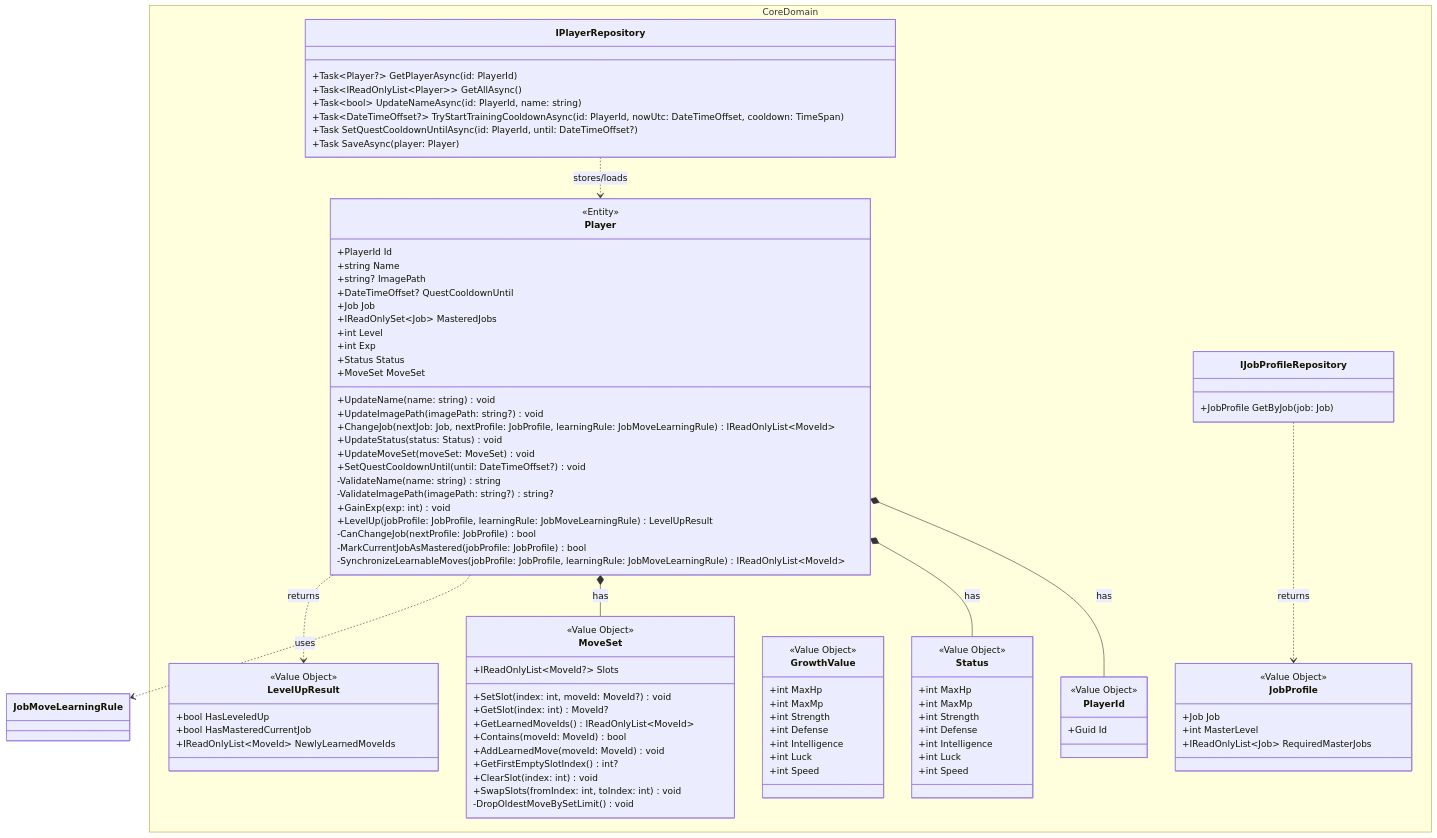
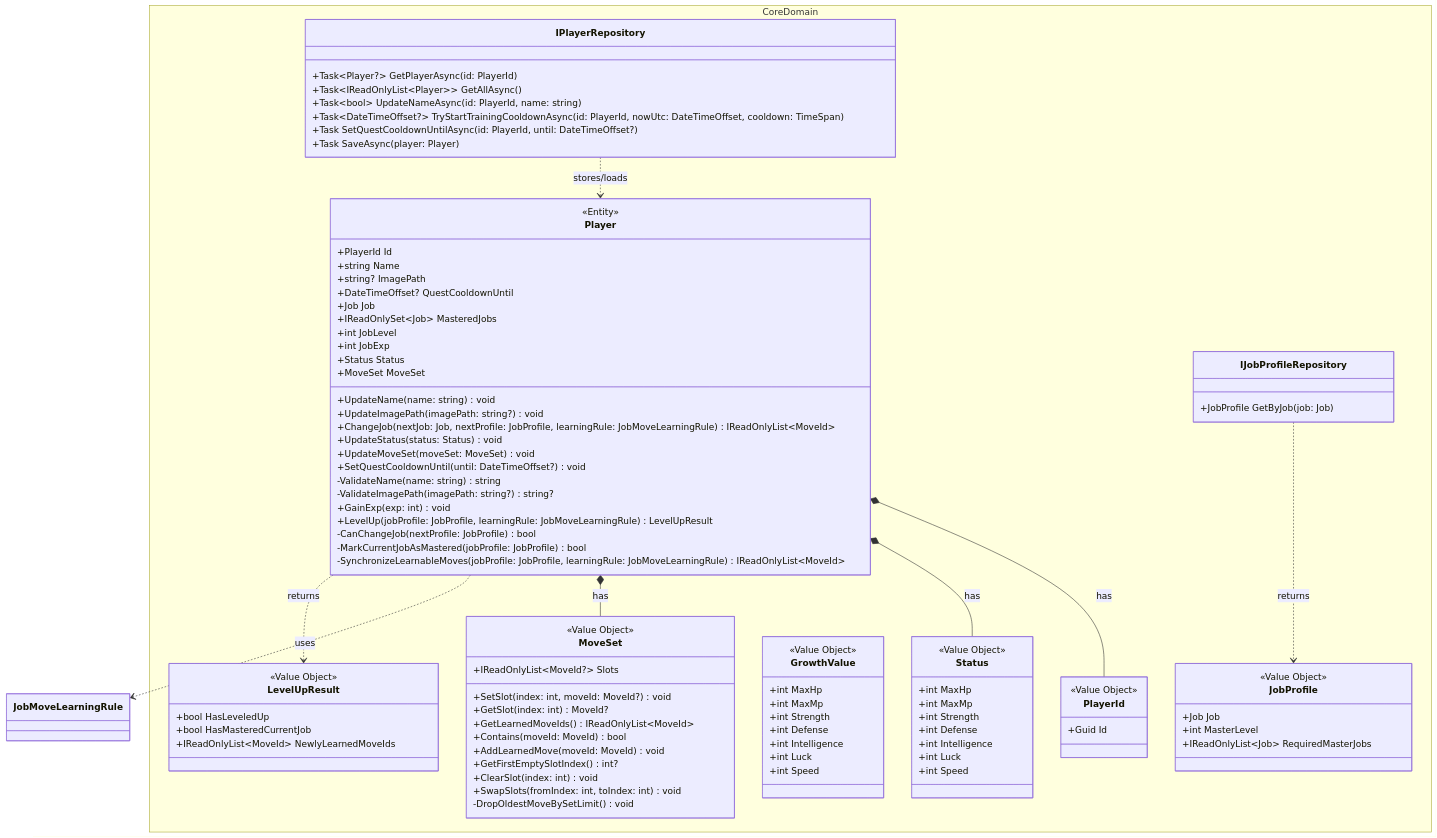
The diagram in docs/MMD01_CoreDomain.mmd (ayumu203/nisekue), drawn with Mermaid before and after one commit. The commit also changed 11 other files, not shown here.

```diff
--- a/docs/MMD01_CoreDomain.mmd
+++ b/docs/MMD01_CoreDomain.mmd
@@ -1,114 +1,115 @@
 classDiagram
     %% Enum 定義は docs/MMD21_Enum.mmd を参照
     namespace CoreDomain {
         %% Player の基本情報
         class Player {
             <<Entity>>
             +PlayerId Id
             +string Name
             +string? ImagePath
             +DateTimeOffset? QuestCooldownUntil
             +Job Job
             +IReadOnlySet~Job~ MasteredJobs
-            +int Level
-            +int Exp
+            +int JobLevel
+            +int JobExp
             +Status Status
             +MoveSet MoveSet
             +UpdateName(name: string) void
             +UpdateImagePath(imagePath: string?) void
             +ChangeJob(nextJob: Job, nextProfile: JobProfile, learningRule: JobMoveLearningRule) IReadOnlyList~MoveId~
             +UpdateStatus(status: Status) void
             +UpdateMoveSet(moveSet: MoveSet) void
             +SetQuestCooldownUntil(until: DateTimeOffset?) void
             -ValidateName(name: string) string
             -ValidateImagePath(imagePath: string?) string?
             +GainExp(exp: int) void
             +LevelUp(jobProfile: JobProfile, learningRule: JobMoveLearningRule) LevelUpResult
             -CanChangeJob(nextProfile: JobProfile) bool
             -MarkCurrentJobAsMastered(jobProfile: JobProfile) bool
             -SynchronizeLearnableMoves(jobProfile: JobProfile, learningRule: JobMoveLearningRule) IReadOnlyList~MoveId~
         }
 
         %% 転職ルール:
         %% - 同一ジョブへの転職は不可
         %% - Apprentice は初期ジョブ専用で転職先には含めない
         %% - required_master_job_* が未設定の現行ジョブは Lv5 以上で転職可能
         %% - 将来の上級職は required_master_job_* に定義した全ジョブの mastered を要求
         %% - 転職時に技は習得しない。技習得は LevelUp 時のみ行う
+        %% - JobLevel / JobExp は現在職専用の値で、転職時に 1 / 0 へリセットする
 
         class PlayerId {
             <<Value Object>>
             +Guid Id
         }
 
         class Status {
             <<Value Object>>
             +int MaxHp
             +int MaxMp
             +int Strength
             +int Defense
             +int Intelligence
             +int Luck
             +int Speed
         }
 
         class GrowthValue {
             <<Value Object>>
             +int MaxHp
             +int MaxMp
             +int Strength
             +int Defense
             +int Intelligence
             +int Luck
             +int Speed
         }
 
         class JobProfile {
             <<Value Object>>
             +Job Job
             +int MasterLevel
             +IReadOnlyList~Job~ RequiredMasterJobs
         }
 
         class LevelUpResult {
             <<Value Object>>
             +bool HasLeveledUp
             +bool HasMasteredCurrentJob
             +IReadOnlyList~MoveId~ NewlyLearnedMoveIds
         }
 
         class MoveSet {
             <<Value Object>>
             +IReadOnlyList~MoveId?~ Slots
             +SetSlot(index: int, moveId: MoveId?) void
             +GetSlot(index: int) MoveId?
             +GetLearnedMoveIds() IReadOnlyList~MoveId~
             +Contains(moveId: MoveId) bool
             +AddLearnedMove(moveId: MoveId) void
             +GetFirstEmptySlotIndex() int?
             +ClearSlot(index: int) void
             +SwapSlots(fromIndex: int, toIndex: int) void
             -DropOldestMoveBySetLimit() void
         }
 
         class IPlayerRepository {
             +Task~Player?~ GetPlayerAsync(id: PlayerId)
             +Task~IReadOnlyList~Player~~ GetAllAsync()
             +Task~bool~ UpdateNameAsync(id: PlayerId, name: string)
             +Task~DateTimeOffset?~ TryStartTrainingCooldownAsync(id: PlayerId, nowUtc: DateTimeOffset, cooldown: TimeSpan)
             +Task SetQuestCooldownUntilAsync(id: PlayerId, until: DateTimeOffset?)
             +Task SaveAsync(player: Player)
         }
 
         class IJobProfileRepository {
             +JobProfile GetByJob(job: Job)
         }
     }
 
     Player *-- PlayerId : has
     Player *-- Status : has
     Player *-- MoveSet : has
     Player ..> JobMoveLearningRule : uses
     Player ..> LevelUpResult : returns
     IJobProfileRepository ..> JobProfile : returns
     IPlayerRepository ..> Player : stores/loads
```
